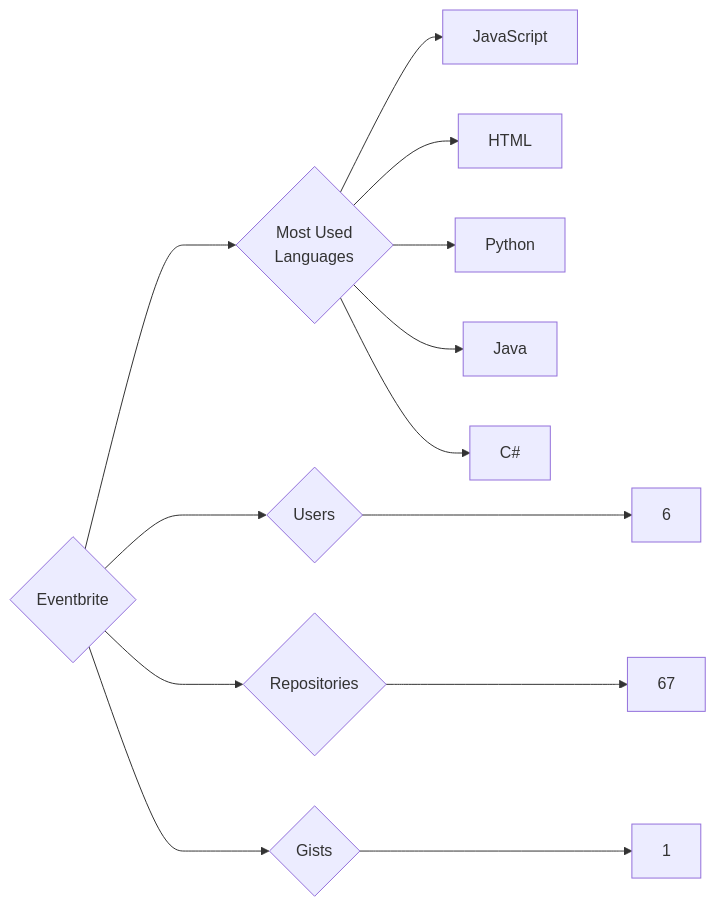
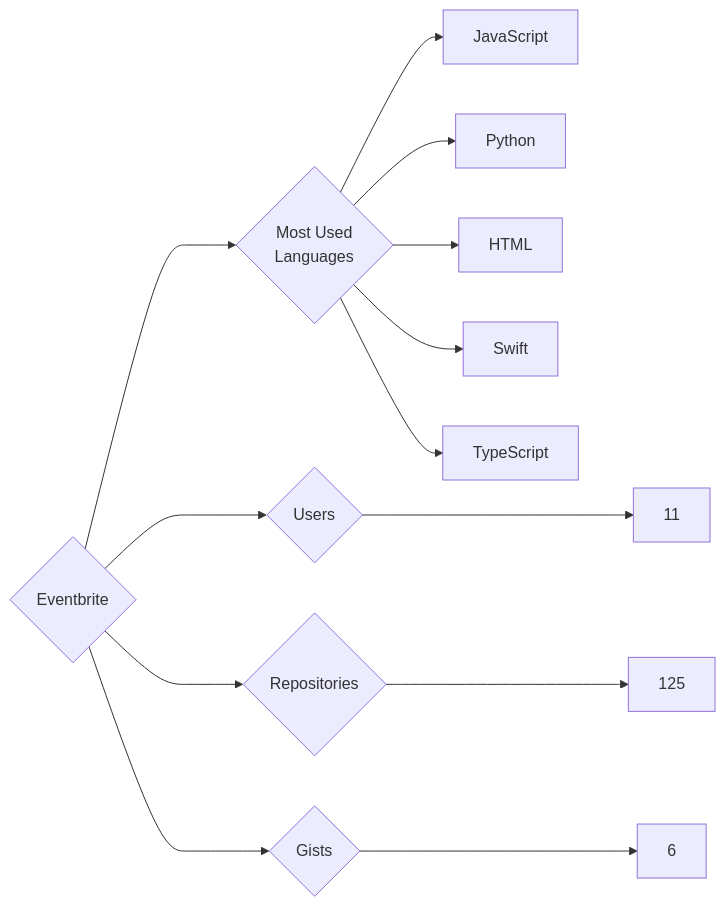
Before and after one commit to trickest/insiders: the diagram in targets/Eventbrite/README.md, drawn with Mermaid. The commit also changed 757 other files, not shown here.

````diff
--- a/targets/Eventbrite/README.md
+++ b/targets/Eventbrite/README.md
@@ -3,13 +3,13 @@
 ```mermaid
 graph LR
 COMPANY_NAME{Eventbrite}
-COMPANY_NAME ---> U{Users} ---> UN[6]
-COMPANY_NAME ---> R{Repositories} ---> RN[67]
-COMPANY_NAME ---> G{Gists} ---> GN[1]
+COMPANY_NAME ---> U{Users} ---> UN[11]
+COMPANY_NAME ---> R{Repositories} ---> RN[125]
+COMPANY_NAME ---> G{Gists} ---> GN[6]
 COMPANY_NAME ---> ML{Most Used<br>Languages}
 ML --> JavaScript[JavaScript]
+ML --> Python[Python]
 ML --> HTML[HTML]
-ML --> Python[Python]
-ML --> Java[Java]
-ML --> C#[C#]
+ML --> Swift[Swift]
+ML --> TypeScript[TypeScript]
 ```
````
